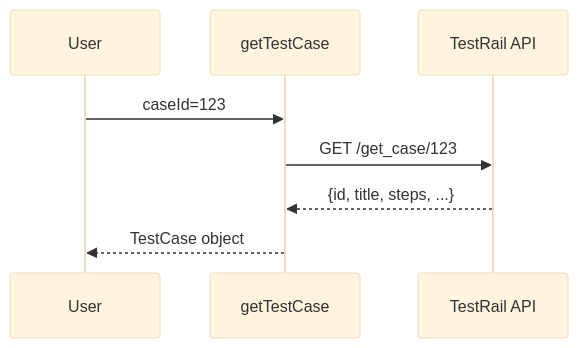
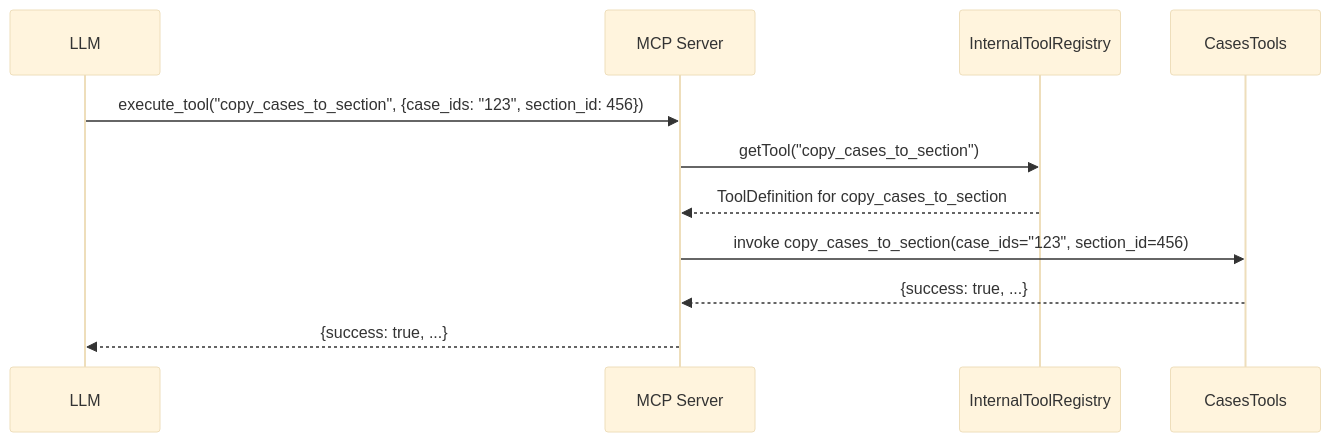
One commit to maheshyaddanapudi/testrail-mcp-server changed the second of 2 diagrams in docs/TOOLS.md. Above: the diagram before and after it, drawn with Mermaid (base theme). The commit also changed other lines of this file and 11 other files, not shown here.

````diff
--- a/docs/TOOLS.md
+++ b/docs/TOOLS.md
@@ -195,11 +36,14 @@
 ```mermaid
 sequenceDiagram
-    participant User
-    participant Tool as getTestCase
-    participant API as TestRail API
+    participant LLM
+    participant MCP as MCP Server
+    participant Registry as InternalToolRegistry
+    participant CasesTools as CasesTools
 
-    User->>Tool: caseId=123
-    Tool->>API: GET /get_case/123
-    API-->>Tool: {id, title, steps, ...}
-    Tool-->>User: TestCase object
+    LLM->>MCP: execute_tool("copy_cases_to_section", {case_ids: "123", section_id: 456})
+    MCP->>Registry: getTool("copy_cases_to_section")
+    Registry-->>MCP: ToolDefinition for copy_cases_to_section
+    MCP->>CasesTools: invoke copy_cases_to_section(case_ids="123", section_id=456)
+    CasesTools-->>MCP: {success: true, ...}
+    MCP-->>LLM: {success: true, ...}
 ```
````
